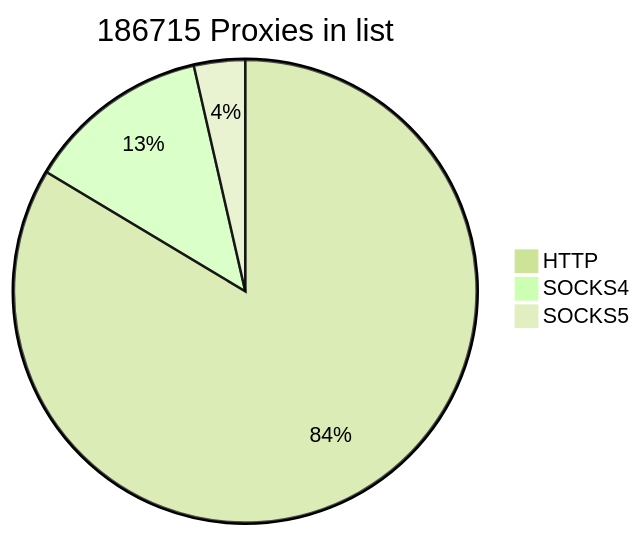
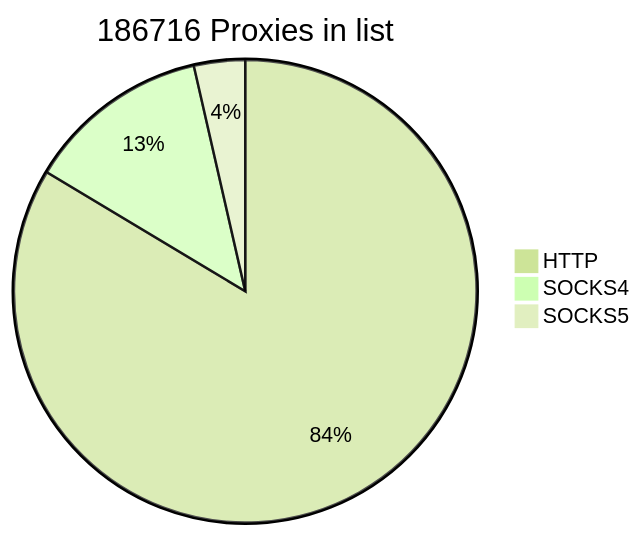
One commit to cutipu/proxylist changed the first of 2 diagrams in README.md. Above: the diagram before and after it, drawn with Mermaid (forest theme). The commit also changed other lines of this file, not shown here.

````diff
--- a/README.md
+++ b/README.md
@@ -2,7 +2,7 @@
 ```mermaid
-pie title 186715 Proxies in list
+pie title 186716 Proxies in list
     "HTTP" : 156093
     "SOCKS4" : 23953
-    "SOCKS5" : 6669
+    "SOCKS5" : 6670
             
 ```
````
